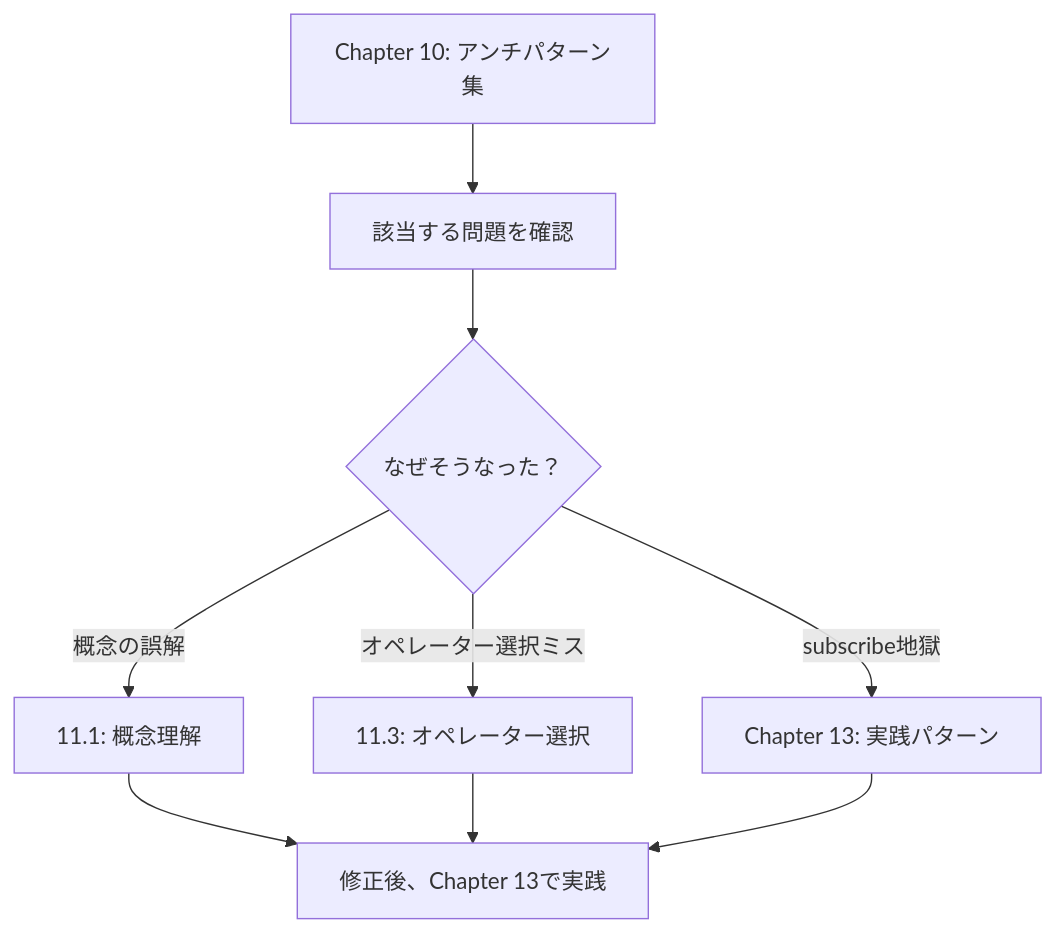
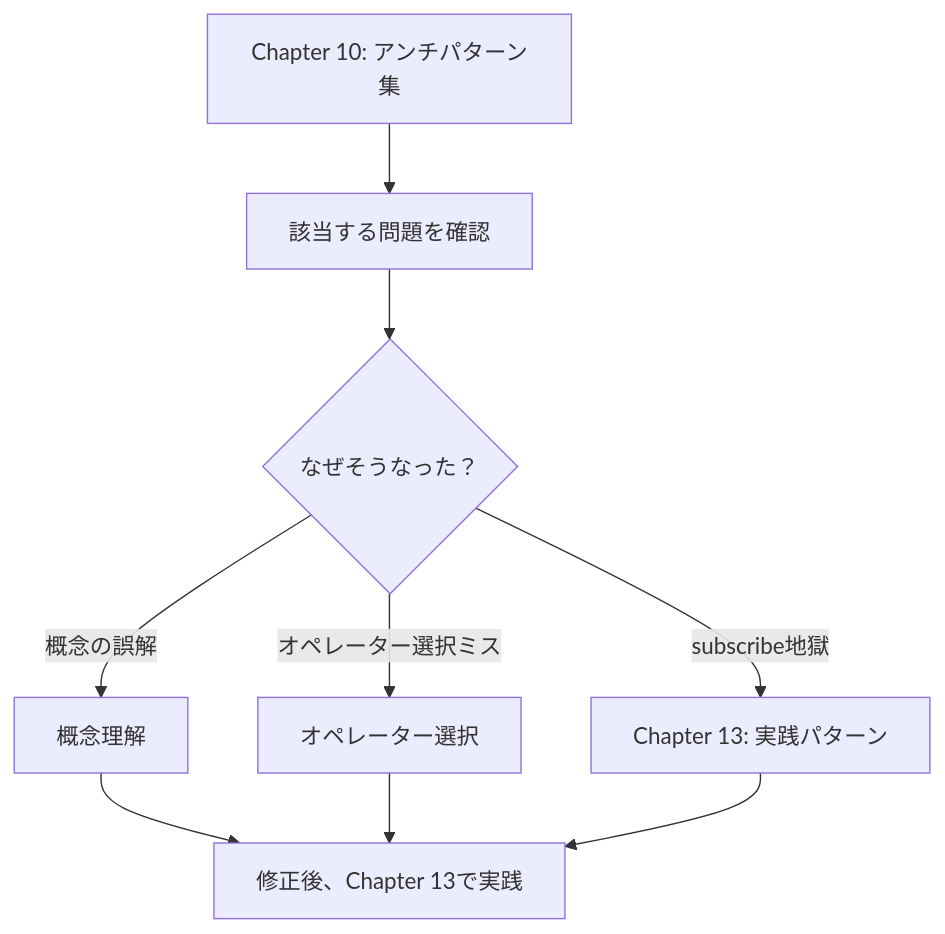
Before and after one commit to shuji-bonji/RxJS-with-TypeScript: the third of 3 diagrams in docs/guide/overcoming-difficulties/index.md, drawn with Mermaid. The commit also changed other lines of this file and 6 other files, not shown here.

````diff
--- a/docs/guide/overcoming-difficulties/index.md
+++ b/docs/guide/overcoming-difficulties/index.md
@@ -140,11 +141,11 @@
 ```mermaid
 graph TD
     A[Chapter 10: アンチパターン集] --> B[該当する問題を確認]
     B --> C{なぜそうなった？}
-    C -->|概念の誤解| D[11.1: 概念理解]
-    C -->|オペレーター選択ミス| E[11.3: オペレーター選択]
+    C -->|概念の誤解| D[概念理解]
+    C -->|オペレーター選択ミス| E[オペレーター選択]
     C -->|subscribe地獄| F[Chapter 13: 実践パターン]
     D --> G[修正後、Chapter 13で実践]
     E --> G
     F --> G
 ```
````
